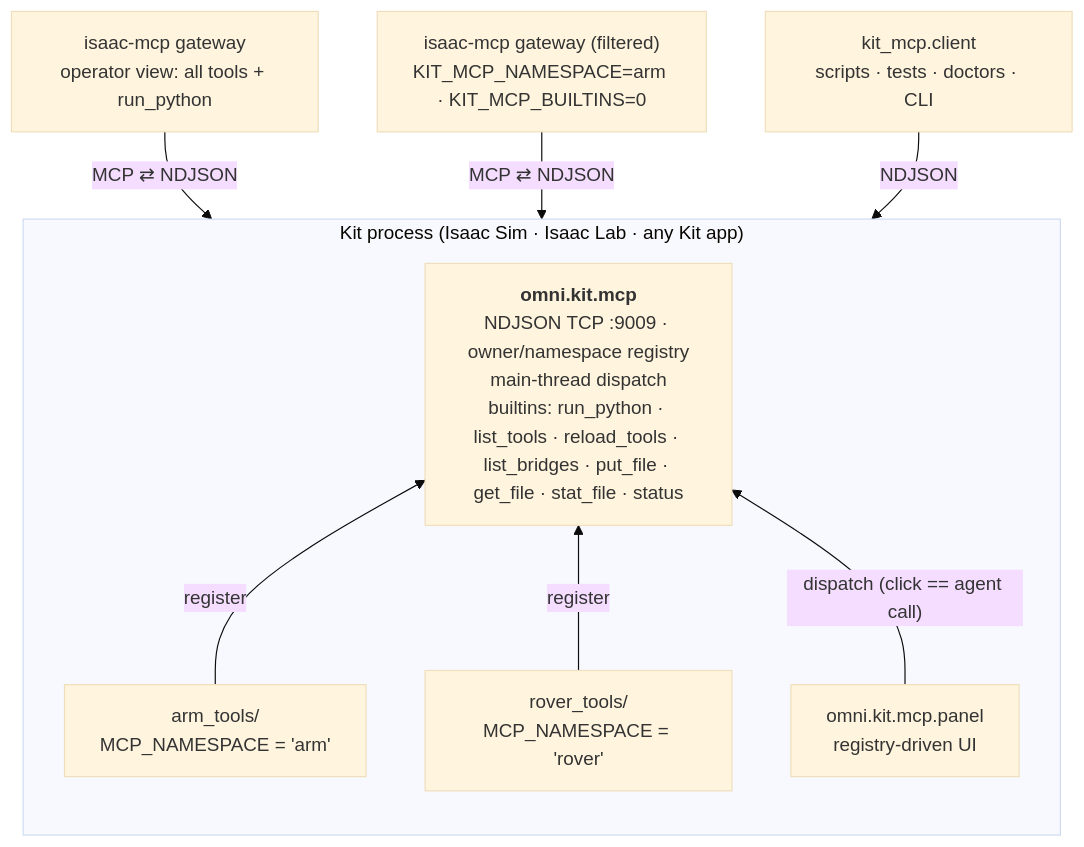
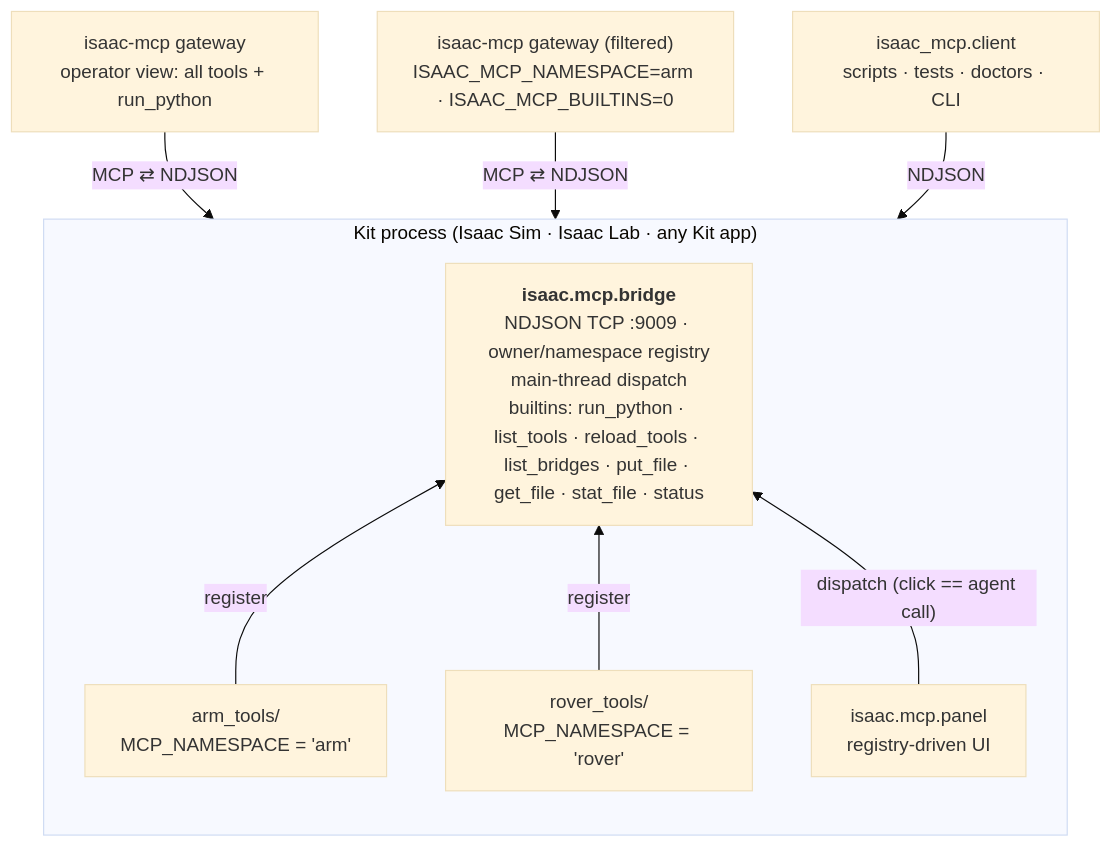
One commit to kalebcoleman/isaac-mcp changed the diagram in mcp/README.md. Above: the diagram before and after it, drawn with Mermaid (base theme). The commit also changed other lines of this file and 73 other files, not shown here.

First line of the commit message:
Rename internals to match: isaac_mcp (host), isaac.mcp.bridge / isaac.mcp.panel (Kit), ISAAC_MCP_* env vars

````diff
--- a/mcp/README.md
+++ b/mcp/README.md
@@ -56,13 +56,13 @@
 ```mermaid
 flowchart TB
     subgraph kit["Kit process (Isaac Sim · Isaac Lab · any Kit app)"]
         direction BT
-        BRIDGE["<b>omni.kit.mcp</b><br/>NDJSON TCP :9009 · owner/namespace registry<br/>main-thread dispatch<br/>builtins: run_python · list_tools · reload_tools · list_bridges · put_file · get_file · stat_file · status"]
+        BRIDGE["<b>isaac.mcp.bridge</b><br/>NDJSON TCP :9009 · owner/namespace registry<br/>main-thread dispatch<br/>builtins: run_python · list_tools · reload_tools · list_bridges · put_file · get_file · stat_file · status"]
         ARM["arm_tools/<br/>MCP_NAMESPACE = 'arm'"] -->|register| BRIDGE
         ROVER["rover_tools/<br/>MCP_NAMESPACE = 'rover'"] -->|register| BRIDGE
-        PANEL["omni.kit.mcp.panel<br/>registry-driven UI"] -->|"dispatch (click == agent call)"| BRIDGE
+        PANEL["isaac.mcp.panel<br/>registry-driven UI"] -->|"dispatch (click == agent call)"| BRIDGE
     end
     GW["isaac-mcp gateway<br/>operator view: all tools + run_python"] -->|MCP ⇄ NDJSON| BRIDGE
-    GWF["isaac-mcp gateway (filtered)<br/>KIT_MCP_NAMESPACE=arm · KIT_MCP_BUILTINS=0"] -->|MCP ⇄ NDJSON| BRIDGE
-    CLI["kit_mcp.client<br/>scripts · tests · doctors · CLI"] -->|NDJSON| BRIDGE
+    GWF["isaac-mcp gateway (filtered)<br/>ISAAC_MCP_NAMESPACE=arm · ISAAC_MCP_BUILTINS=0"] -->|MCP ⇄ NDJSON| BRIDGE
+    CLI["isaac_mcp.client<br/>scripts · tests · doctors · CLI"] -->|NDJSON| BRIDGE
 ```
````
